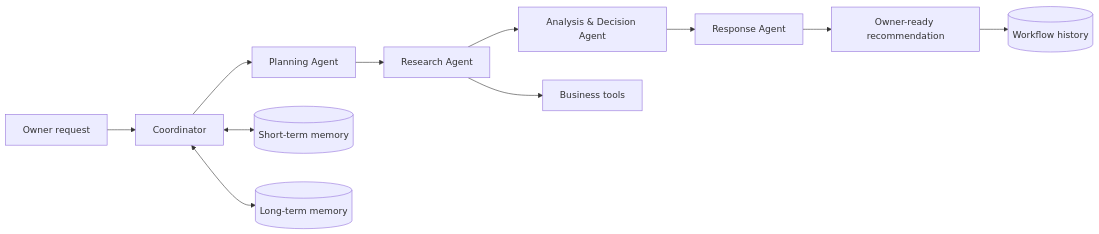
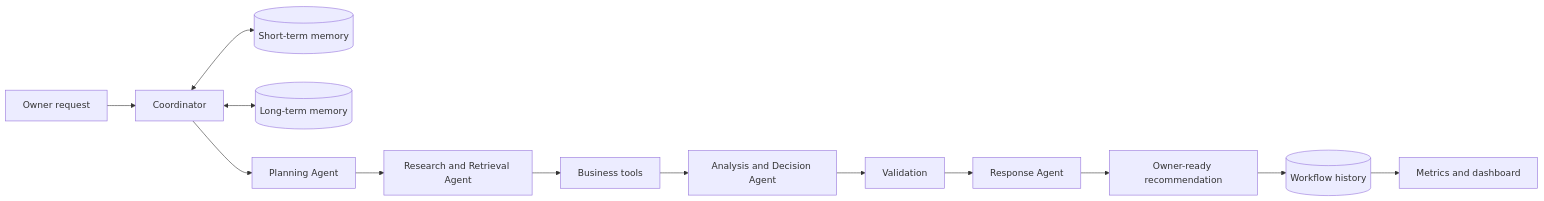
Before and after one commit to VishnuKumarLH/BizPilotAI-Infosys: the diagram in README.md, drawn with Mermaid. The commit also changed other lines of this file and 42 other files, not shown here.

````diff
--- a/README.md
+++ b/README.md
@@ -22,13 +24,15 @@
 ```mermaid
 flowchart LR
     Q[Owner request] --> C[Coordinator]
-    C --> P[Planning Agent]
-    P --> R[Research Agent]
-    R --> A[Analysis & Decision Agent]
-    A --> F[Response Agent]
-    F --> O[Owner-ready recommendation]
     C <--> S[(Short-term memory)]
     C <--> L[(Long-term memory)]
+    C --> P[Planning Agent]
+    P --> R[Research and Retrieval Agent]
     R --> T[Business tools]
+    T --> A[Analysis and Decision Agent]
+    A --> V[Validation]
+    V --> F[Response Agent]
+    F --> O[Owner-ready recommendation]
     O --> H[(Workflow history)]
+    H --> M[Metrics and dashboard]
 ```
````
